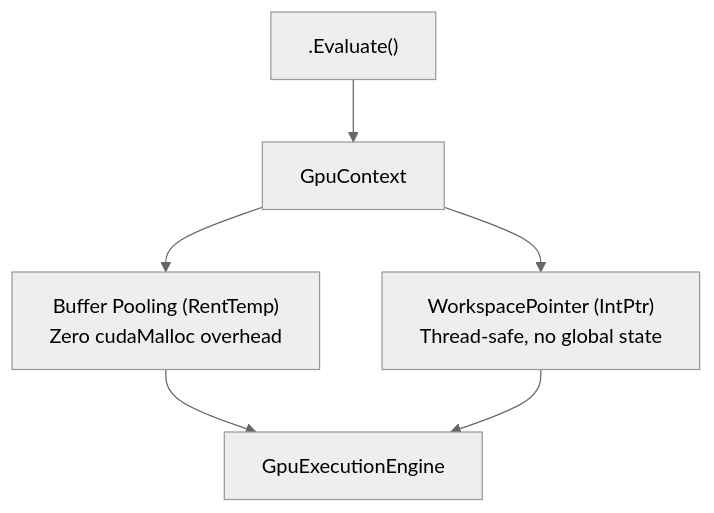
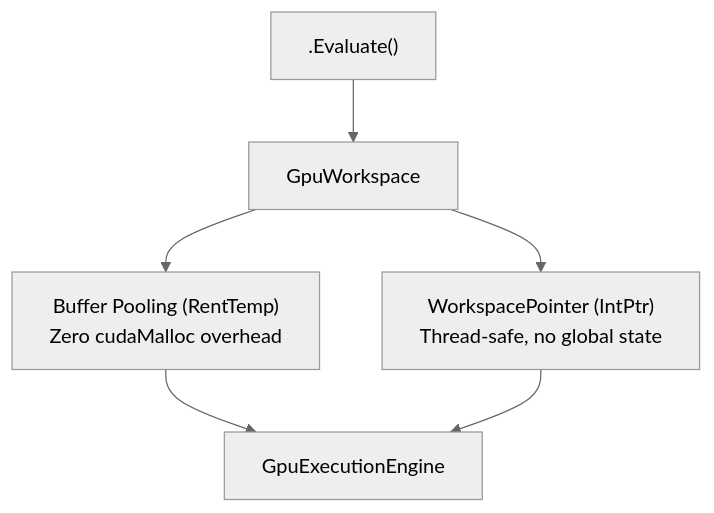
Before and after one commit to kassyi/Henicos: the second of 3 diagrams in docs/spec/en/02_architecture/04_bignum_internals.md, drawn with Mermaid (neutral theme). The commit also changed other lines of this file and 58 other files, not shown here.

First line of the commit message:
docs(spec): sync GpuWorkspace and bulk disposal patterns

````diff
--- a/docs/spec/en/02_architecture/04_bignum_internals.md
+++ b/docs/spec/en/02_architecture/04_bignum_internals.md
@@ -222,8 +222,8 @@
 ```mermaid
 flowchart TD
-    Eval[".Evaluate()"] --> Ctx["GpuContext"]
+    Eval[".Evaluate()"] --> Ctx["GpuWorkspace"]
     Ctx --> Pool["Buffer Pooling (RentTemp)\nZero cudaMalloc overhead"]
     Ctx --> Workspace["WorkspacePointer (IntPtr)\nThread-safe, no global state"]
     Pool --> Engine["GpuExecutionEngine"]
     Workspace --> Engine
 ```
````
